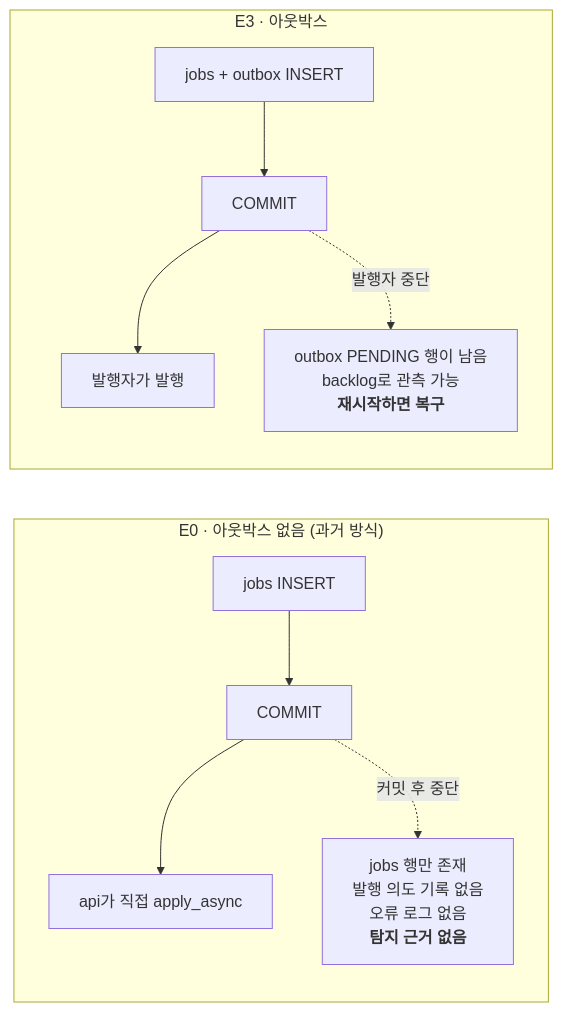
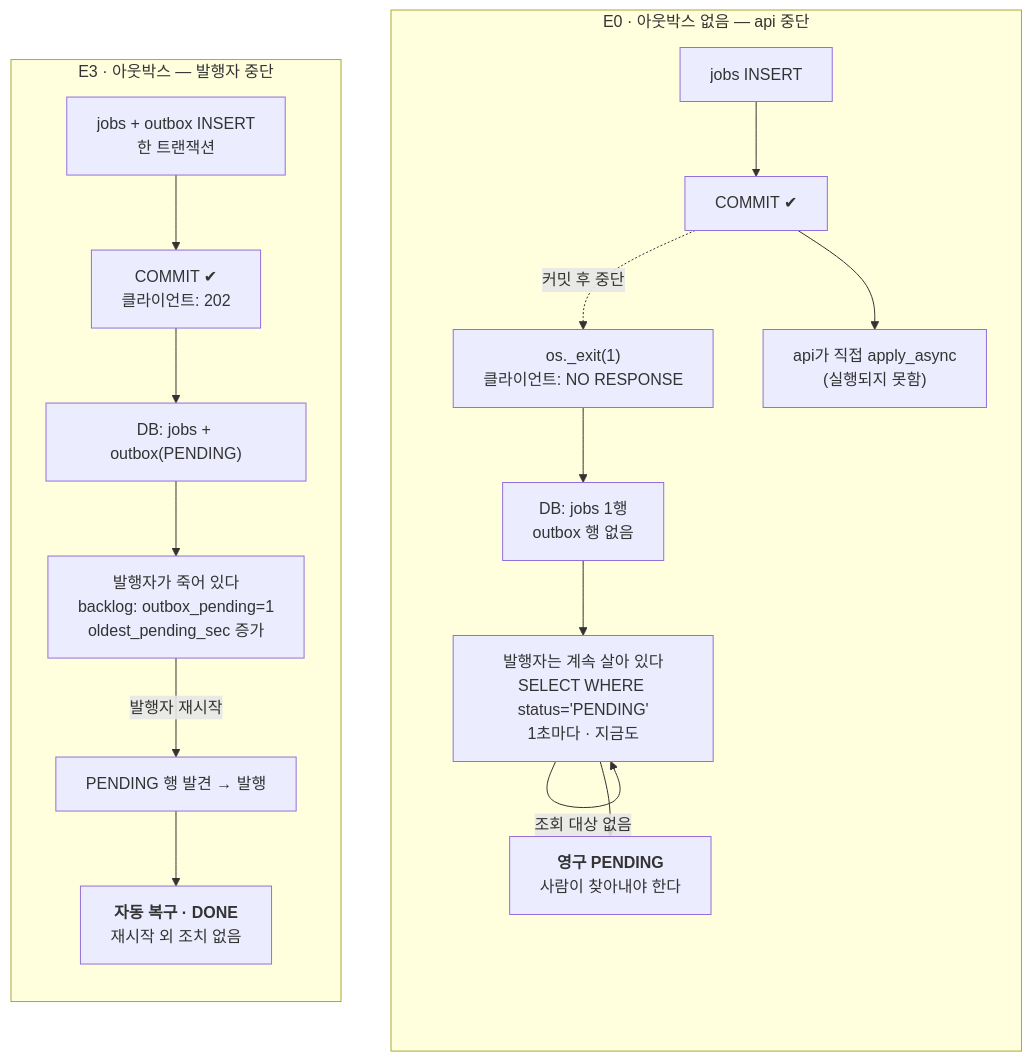
One commit to jn8366ew/retro-msg-queue changed the third of 3 diagrams in README.md. Above: the diagram before and after it, drawn with Mermaid. The commit also changed other lines of this file, not shown here.

Commit message:
docs: E0 대조군 다이어그램에 '발행자는 살아 있다'를 명시
E0의 실패는 발행자가 죽어서가 아니라 조회 대상이 없어서 생긴다.
기존 도식은 E3의 '발행자 중단'과 나란히 놓여 오해를 부를 수 있었다.
backlog의 두 카운터(대기 vs 유실) 대비표도 추가.

````diff
--- a/README.md
+++ b/README.md
@@ -89,15 +91,21 @@
 ```mermaid
-flowchart LR
-    subgraph LEGACY["E0 · 아웃박스 없음 (과거 방식)"]
+flowchart TB
+    subgraph LEGACY["E0 · 아웃박스 없음 — api 중단"]
         direction TB
-        A1["jobs INSERT"] --> A2["COMMIT"]
-        A2 --> A3["api가 직접 apply_async"]
-        A2 -.커밋 후 중단.-> A4["jobs 행만 존재<br/>발행 의도 기록 없음<br/>오류 로그 없음<br/><b>탐지 근거 없음</b>"]
+        A1["jobs INSERT"] --> A2["COMMIT ✔"]
+        A2 -.커밋 후 중단.-> AX["os._exit(1)<br/>클라이언트: NO RESPONSE"]
+        A2 --> A3["api가 직접 apply_async<br/>(실행되지 못함)"]
+        AX --> A4["DB: jobs 1행<br/>outbox 행 없음"]
+        A4 --> A5["발행자는 계속 살아 있다<br/>SELECT WHERE status='PENDING'<br/>1초마다 · 지금도"]
+        A5 -->|"조회 대상 없음"| A5
+        A5 --> A6["<b>영구 PENDING</b><br/>사람이 찾아내야 한다"]
     end
-    subgraph OUTBOX["E3 · 아웃박스"]
+    subgraph OUTBOX["E3 · 아웃박스 — 발행자 중단"]
         direction TB
-        B1["jobs + outbox INSERT"] --> B2["COMMIT"]
-        B2 --> B3["발행자가 발행"]
-        B2 -.발행자 중단.-> B4["outbox PENDING 행이 남음<br/>backlog로 관측 가능<br/><b>재시작하면 복구</b>"]
+        B1["jobs + outbox INSERT<br/>한 트랜잭션"] --> B2["COMMIT ✔<br/>클라이언트: 202"]
+        B2 --> B4["DB: jobs + outbox(PENDING)"]
+        B4 --> B5["발행자가 죽어 있다<br/>backlog: outbox_pending=1<br/>oldest_pending_sec 증가"]
+        B5 -->|"발행자 재시작"| B6["PENDING 행 발견 → 발행"]
+        B6 --> B7["<b>자동 복구 · DONE</b><br/>재시작 외 조치 없음"]
     end
 ```
````
